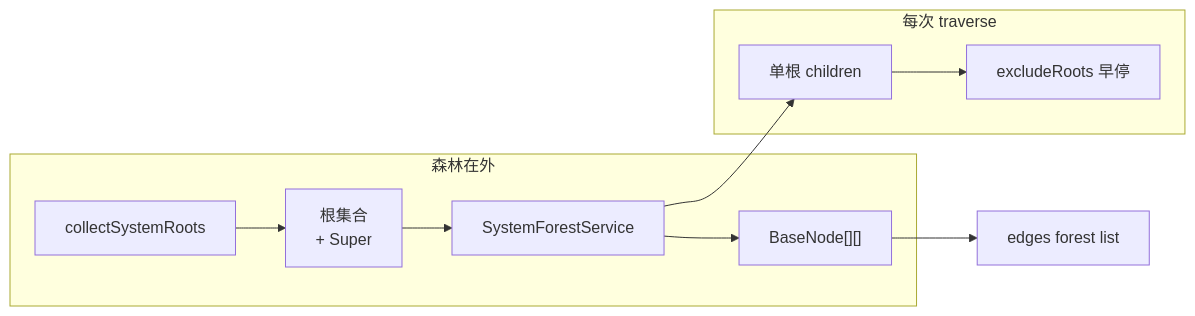
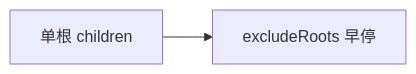
Before and after one commit to VirusPC/edges: the second of 2 diagrams in extensions/cli/src/domain/operations/README.md, drawn with Mermaid. The commit also changed other lines of this file and 9 other files, not shown here.

````diff
--- a/extensions/cli/src/domain/operations/README.md
+++ b/extensions/cli/src/domain/operations/README.md
@@ -114,13 +116,4 @@
 ```mermaid
 flowchart LR
-  subgraph outside["森林在外"]
-    SCAN["collectSystemRoots"] --> ROOTS["根集合<br/>+ Super"]
-    ROOTS --> SFS["SystemForestService"]
-    SFS --> ARR["BaseNode[][]"]
-  end
-  subgraph inside["每次 traverse"]
-    T["单根 children"] --> STOP["excludeRoots 早停"]
-  end
-  SFS --> T
-  ARR --> CLI["edges forest list"]
+  T["单根 children"] --> STOP["excludeRoots 早停"]
 ```
````
